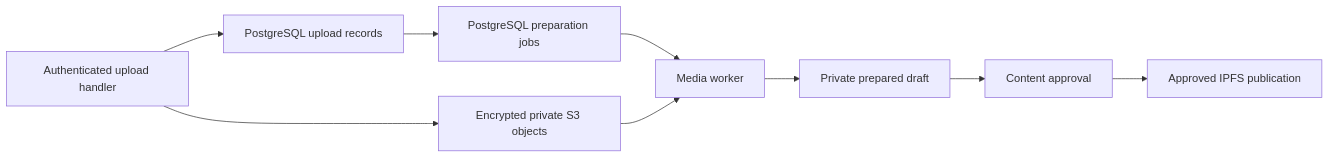
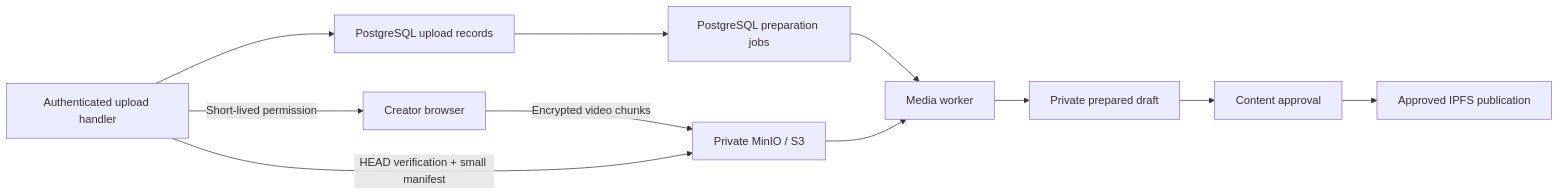
One commit to superhero-com/superhero-api changed the diagram in src/shorts/PRIVATE-STORAGE.md. Above: the diagram before and after it, drawn with Mermaid. The commit also changed other lines of this file and 27 other files, not shown here.

````diff
--- a/src/shorts/PRIVATE-STORAGE.md
+++ b/src/shorts/PRIVATE-STORAGE.md
@@ -29,11 +31,13 @@
 ```mermaid
 flowchart LR
   API[Authenticated upload handler] --> Records[PostgreSQL upload records]
-  API --> Objects[Encrypted private S3 objects]
+  API -->|Short-lived permission| Browser[Creator browser]
+  Browser -->|Encrypted video chunks| Objects[Private MinIO / S3]
+  API -->|HEAD verification + small manifest| Objects
   Records --> Queue[PostgreSQL preparation jobs]
   Queue --> Worker[Media worker]
   Objects --> Worker
   Worker --> Draft[Private prepared draft]
   Draft --> Decision[Content approval]
   Decision --> IPFS[Approved IPFS publication]
 ```
````
